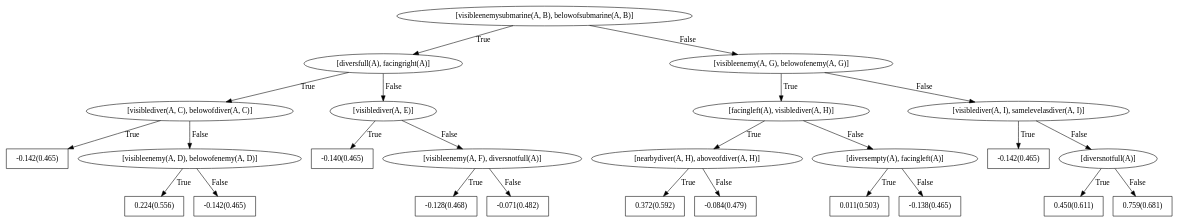
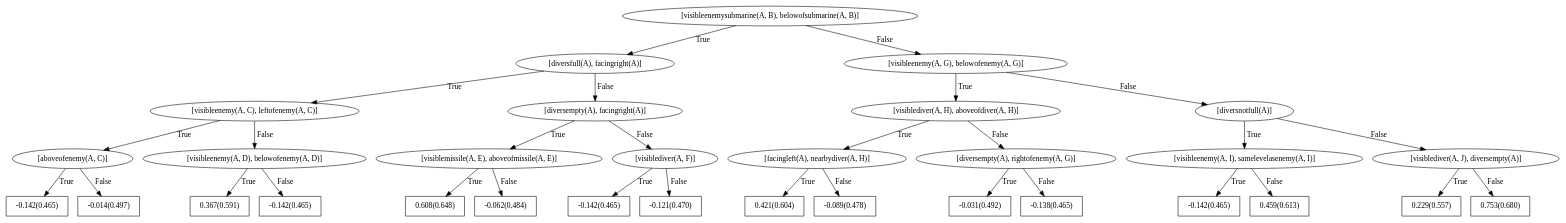
One commit to nikhileshp/NeSY-Imitation-Learning changed the diagram in rdn_models/seaquest/unweighted_negpos_2_trees_1_depth_3_w_abstraction/noop/bRDNs/dotFiles/WILLTreeFor_noop0.dot. Above: the diagram before and after it, drawn with Graphviz. The commit also changed 746 other files, not shown here.

```diff
--- a/rdn_models/seaquest/unweighted_negpos_2_trees_1_depth_3_w_abstraction/noop/bRDNs/dotFiles/WILLTreeFor_noop0.dot
+++ b/rdn_models/seaquest/unweighted_negpos_2_trees_1_depth_3_w_abstraction/noop/bRDNs/dotFiles/WILLTreeFor_noop0.dot
@@ -1,51 +1,63 @@
 digraph G{ 
 1[label = "[visibleenemysubmarine(A, B), belowofsubmarine(A, B)]"];
 1 -> 2[label="True"];
 1 -> 3[label="False"];
 2[label = "[diversfull(A), facingright(A)]"];
 2 -> 4[label="True"];
 2 -> 5[label="False"];
-4[label = "[visiblediver(A, C), belowofdiver(A, C)]"];
+4[label = "[visibleenemy(A, C), leftofenemy(A, C)]"];
 4 -> 6[label="True"];
 4 -> 7[label="False"];
-6[shape = box,label = "-0.142(0.465)"];
+6[label = "[aboveofenemy(A, C)]"];
+6 -> 8[label="True"];
+6 -> 9[label="False"];
+8[shape = box,label = "-0.142(0.465)"];
+9[shape = box,label = "-0.014(0.497)"];
 7[label = "[visibleenemy(A, D), belowofenemy(A, D)]"];
-7 -> 8[label="True"];
-7 -> 9[label="False"];
-8[shape = box,label = "0.224(0.556)"];
-9[shape = box,label = "-0.142(0.465)"];
-5[label = "[visiblediver(A, E)]"];
-5 -> 10[label="True"];
-5 -> 11[label="False"];
-10[shape = box,label = "-0.140(0.465)"];
-11[label = "[visibleenemy(A, F), diversnotfull(A)]"];
-11 -> 12[label="True"];
-11 -> 13[label="False"];
-12[shape = box,label = "-0.128(0.468)"];
-13[shape = box,label = "-0.071(0.482)"];
+7 -> 10[label="True"];
+7 -> 11[label="False"];
+10[shape = box,label = "0.367(0.591)"];
+11[shape = box,label = "-0.142(0.465)"];
+5[label = "[diversempty(A), facingright(A)]"];
+5 -> 12[label="True"];
+5 -> 13[label="False"];
+12[label = "[visiblemissile(A, E), aboveofmissile(A, E)]"];
+12 -> 14[label="True"];
+12 -> 15[label="False"];
+14[shape = box,label = "0.608(0.648)"];
+15[shape = box,label = "-0.062(0.484)"];
+13[label = "[visiblediver(A, F)]"];
+13 -> 16[label="True"];
+13 -> 17[label="False"];
+16[shape = box,label = "-0.142(0.465)"];
+17[shape = box,label = "-0.121(0.470)"];
 3[label = "[visibleenemy(A, G), belowofenemy(A, G)]"];
-3 -> 14[label="True"];
-3 -> 15[label="False"];
-14[label = "[facingleft(A), visiblediver(A, H)]"];
-14 -> 16[label="True"];
-14 -> 17[label="False"];
-16[label = "[nearbydiver(A, H), aboveofdiver(A, H)]"];
-16 -> 18[label="True"];
-16 -> 19[label="False"];
-18[shape = box,label = "0.372(0.592)"];
-19[shape = box,label = "-0.084(0.479)"];
-17[label = "[diversempty(A), facingleft(A)]"];
-17 -> 20[label="True"];
-17 -> 21[label="False"];
-20[shape = box,label = "0.011(0.503)"];
-21[shape = box,label = "-0.138(0.465)"];
-15[label = "[visiblediver(A, I), samelevelasdiver(A, I)]"];
-15 -> 22[label="True"];
-15 -> 23[label="False"];
-22[shape = box,label = "-0.142(0.465)"];
-23[label = "[diversnotfull(A)]"];
-23 -> 24[label="True"];
-23 -> 25[label="False"];
-24[shape = box,label = "0.450(0.611)"];
-25[shape = box,label = "0.759(0.681)"];
+3 -> 18[label="True"];
+3 -> 19[label="False"];
+18[label = "[visiblediver(A, H), aboveofdiver(A, H)]"];
+18 -> 20[label="True"];
+18 -> 21[label="False"];
+20[label = "[facingleft(A), nearbydiver(A, H)]"];
+20 -> 22[label="True"];
+20 -> 23[label="False"];
+22[shape = box,label = "0.421(0.604)"];
+23[shape = box,label = "-0.089(0.478)"];
+21[label = "[diversempty(A), rightofenemy(A, G)]"];
+21 -> 24[label="True"];
+21 -> 25[label="False"];
+24[shape = box,label = "-0.031(0.492)"];
+25[shape = box,label = "-0.138(0.465)"];
+19[label = "[diversnotfull(A)]"];
+19 -> 26[label="True"];
+19 -> 27[label="False"];
+26[label = "[visibleenemy(A, I), samelevelasenemy(A, I)]"];
+26 -> 28[label="True"];
+26 -> 29[label="False"];
+28[shape = box,label = "-0.142(0.465)"];
+29[shape = box,label = "0.459(0.613)"];
+27[label = "[visiblediver(A, J), diversempty(A)]"];
+27 -> 30[label="True"];
+27 -> 31[label="False"];
+30[shape = box,label = "0.229(0.557)"];
+31[shape = box,label = "0.753(0.680)"];
 }
```
